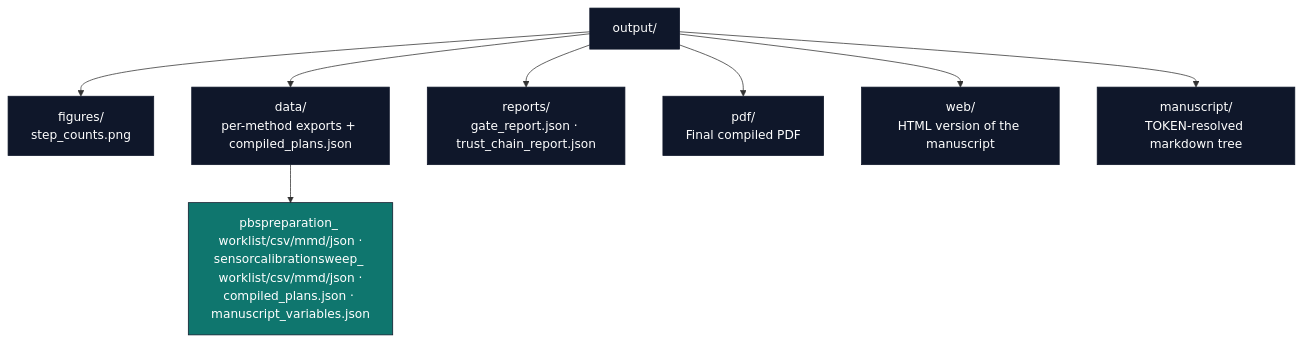
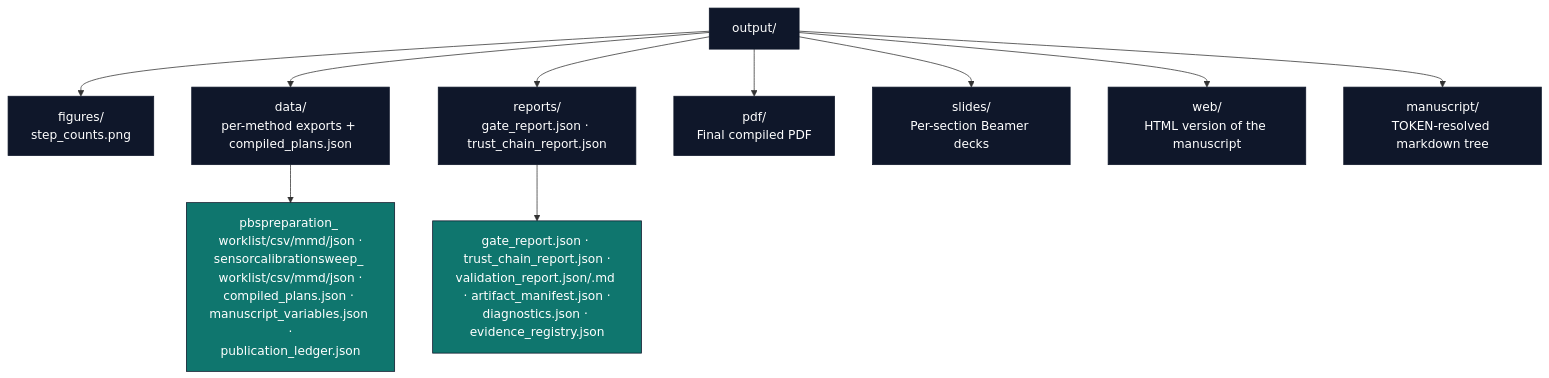
One commit to docxology/template changed the diagram in projects/templates/template_methods_paper/docs/output_conventions.md. Above: the diagram before and after it, drawn with Mermaid. The commit also changed other lines of this file and 196 other files, not shown here.

````diff
--- a/projects/templates/template_methods_paper/docs/output_conventions.md
+++ b/projects/templates/template_methods_paper/docs/output_conventions.md
@@ -23,17 +23,19 @@
 ```mermaid
 flowchart TB
     OUT[output/]
     OUT --> FIG[figures/<br/>step_counts.png]
     OUT --> DATA[data/<br/>per-method exports + compiled_plans.json]
     OUT --> REP[reports/<br/>gate_report.json · trust_chain_report.json]
     OUT --> PDF[pdf/<br/>Final compiled PDF]
+    OUT --> SLIDES[slides/<br/>Per-section Beamer decks]
     OUT --> WEB[web/<br/>HTML version of the manuscript]
     OUT --> MAN[manuscript/<br/>TOKEN-resolved markdown tree]
 
-    DATA --> DATA_F["pbspreparation_ worklist/csv/mmd/json ·<br/>sensorcalibrationsweep_ worklist/csv/mmd/json ·<br/>compiled_plans.json · manuscript_variables.json"]
+    DATA --> DATA_F["pbspreparation_ worklist/csv/mmd/json ·<br/>sensorcalibrationsweep_ worklist/csv/mmd/json ·<br/>compiled_plans.json · manuscript_variables.json ·<br/>publication_ledger.json"]
+    REP --> REP_F["gate_report.json · trust_chain_report.json ·<br/>validation_report.json/.md · artifact_manifest.json ·<br/>diagnostics.json · evidence_registry.json"]
 
     classDef d fill:#0f172a,stroke:#0f172a,color:#fff
     classDef f fill:#0f766e,stroke:#0f172a,color:#fff
-    class OUT,FIG,DATA,REP,PDF,WEB,MAN d
-    class DATA_F f
+    class OUT,FIG,DATA,REP,PDF,SLIDES,WEB,MAN d
+    class DATA_F,REP_F f
 ```
````
